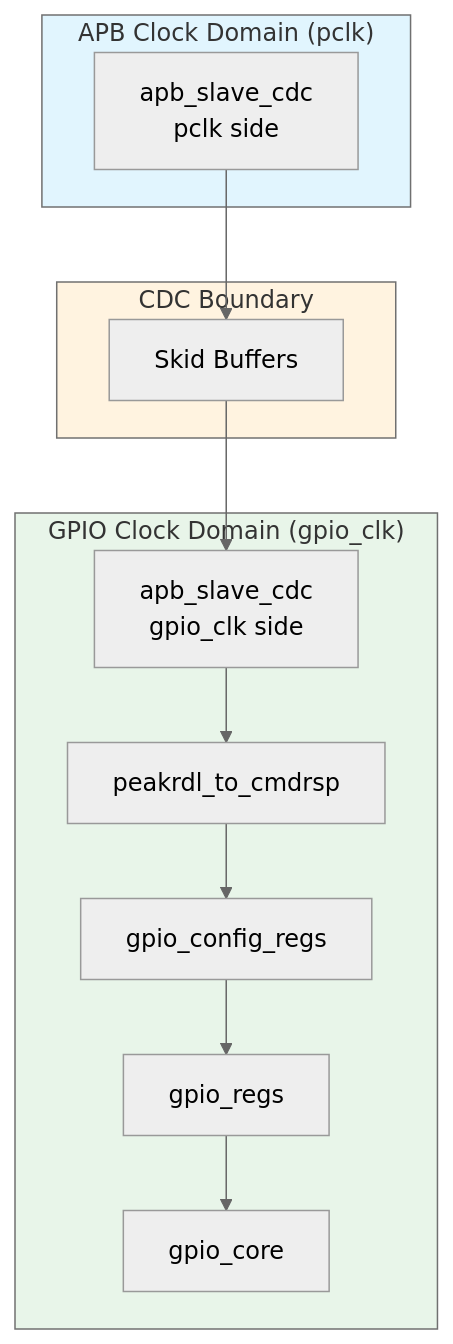
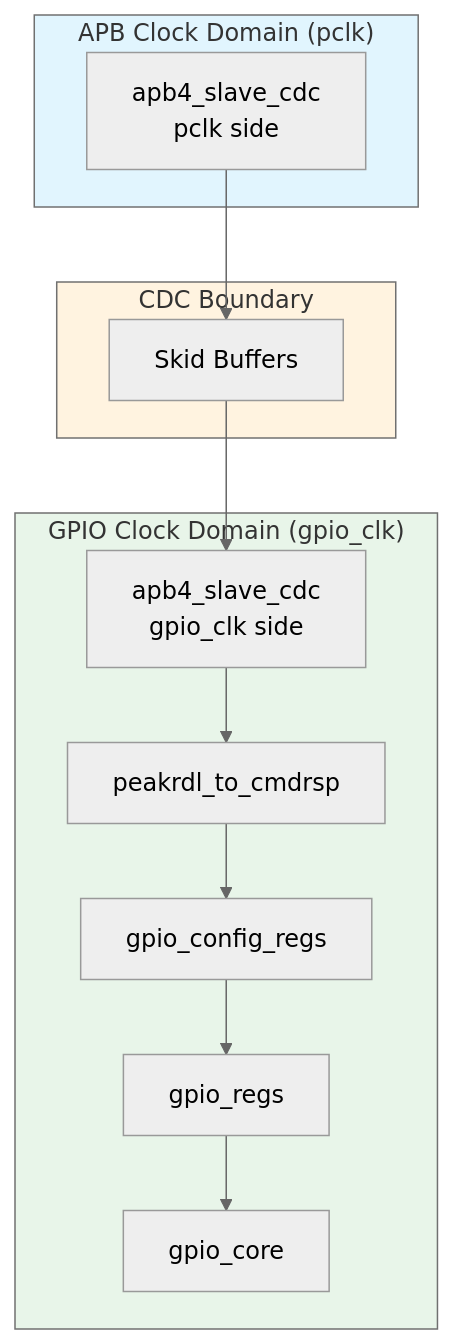
Before and after one commit to sean-galloway/RTLDesignSherpa: the diagram in projects/components/retro_legacy_blocks/docs/gpio_mas/assets/mermaid/gpio_async_mode.mmd, drawn with Mermaid. The commit also changed 486 other files, not shown here.

```diff
--- a/projects/components/retro_legacy_blocks/docs/gpio_mas/assets/mermaid/gpio_async_mode.mmd
+++ b/projects/components/retro_legacy_blocks/docs/gpio_mas/assets/mermaid/gpio_async_mode.mmd
@@ -1,28 +1,28 @@
 %%{init: {'theme': 'neutral'}}%%
 flowchart TB
     subgraph APB_CLK["APB Clock Domain (pclk)"]
-        APB_P[apb_slave_cdc<br/>pclk side]
+        APB_P[apb4_slave_cdc<br/>pclk side]
     end
 
     subgraph CDC["CDC Boundary"]
         SKID[Skid Buffers]
     end
 
     subgraph GPIO_CLK["GPIO Clock Domain (gpio_clk)"]
-        APB_G[apb_slave_cdc<br/>gpio_clk side]
+        APB_G[apb4_slave_cdc<br/>gpio_clk side]
         P2C[peakrdl_to_cmdrsp]
         CFG[gpio_config_regs]
         REGS[gpio_regs]
         CORE[gpio_core]
     end
 
     APB_P --> SKID
     SKID --> APB_G
     APB_G --> P2C
     P2C --> CFG
     CFG --> REGS
     REGS --> CORE
 
     style APB_CLK fill:#e1f5fe
     style GPIO_CLK fill:#e8f5e9
     style CDC fill:#fff3e0
```
